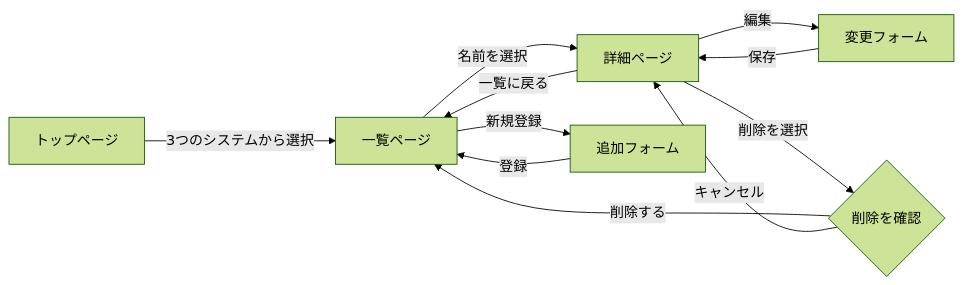
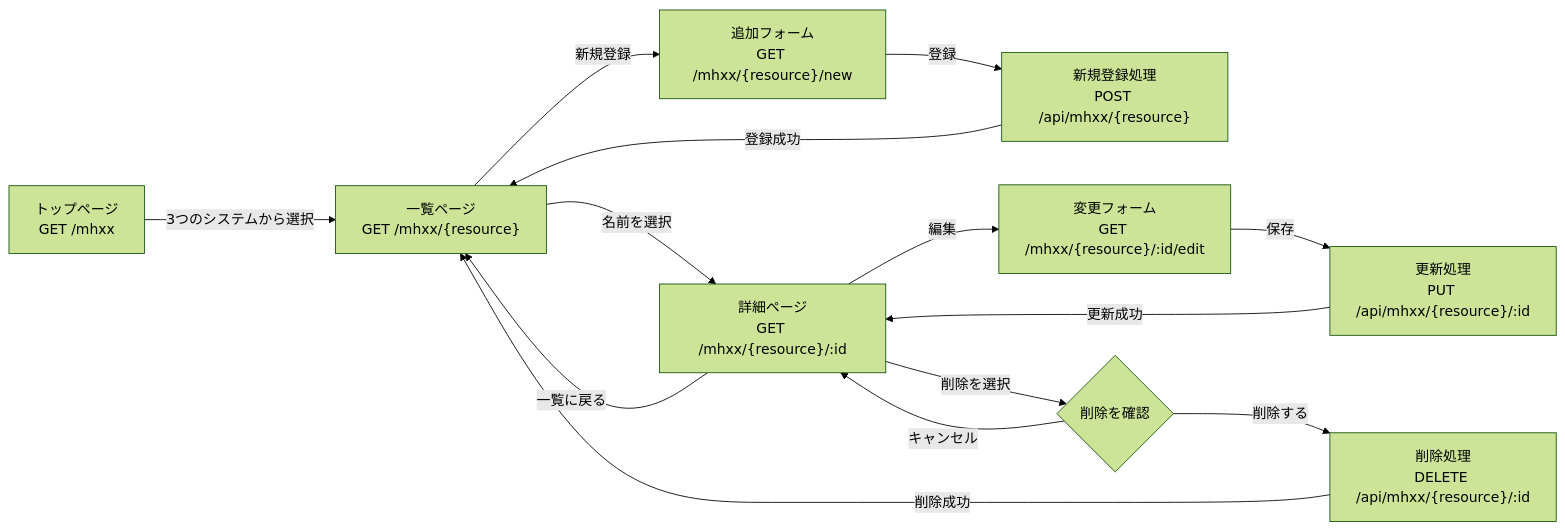
The diagram in mhxx_plan.md (kazu0502/webpro_06), drawn with Mermaid (forest theme) before and after one commit. The commit also changed 2 other files, not shown here.

Commit message:
week10: 削除機能とページ遷移図を追加

````diff
--- a/mhxx_plan.md
+++ b/mhxx_plan.md
@@ -98,13 +98,16 @@
 ```mermaid
 flowchart LR
-    H[トップページ] -->|3つのシステムから選択| A
-    A[一覧ページ] -->|名前を選択| B[詳細ページ]
+    H["トップページ<br/>GET /mhxx"] -->|3つのシステムから選択| A
+    A["一覧ページ<br/>GET /mhxx/{resource}"] -->|名前を選択| B["詳細ページ<br/>GET /mhxx/{resource}/:id"]
     B -->|一覧に戻る| A
-    A -->|新規登録| C[追加フォーム]
-    C -->|登録| A
-    B -->|編集| D[変更フォーム]
-    D -->|保存| B
+    A -->|新規登録| C["追加フォーム<br/>GET /mhxx/{resource}/new"]
+    C -->|登録| P["新規登録処理<br/>POST /api/mhxx/{resource}"]
+    P -->|登録成功| A
+    B -->|編集| D["変更フォーム<br/>GET /mhxx/{resource}/:id/edit"]
+    D -->|保存| U["更新処理<br/>PUT /api/mhxx/{resource}/:id"]
+    U -->|更新成功| B
     B -->|削除を選択| E{削除を確認}
-    E -->|削除する| A
+    E -->|削除する| X["削除処理<br/>DELETE /api/mhxx/{resource}/:id"]
+    X -->|削除成功| A
     E -->|キャンセル| B
 ```
````
